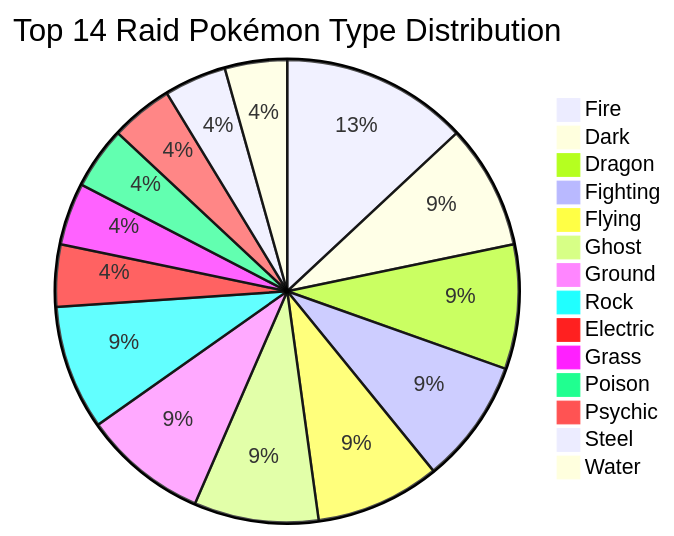
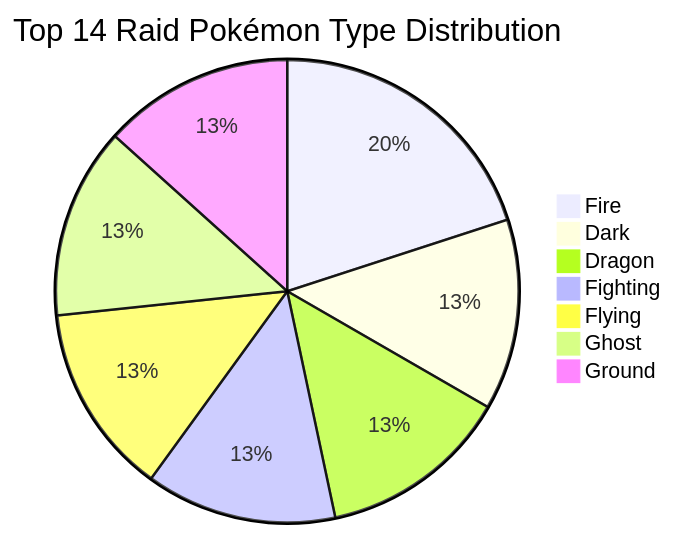
The fourth of 4 diagrams in mermaidTesting.md (austinTracy7/TestingArea), drawn with Mermaid before and after one commit. The commit also changed other lines of this file, not shown here.

````diff
--- a/mermaidTesting.md
+++ b/mermaidTesting.md
@@ -25,18 +25,11 @@
 ```mermaid
 pie
     title Top 14 Raid Pokémon Type Distribution
     "Fire": 3
     "Dark": 2 
     "Dragon": 2 
     "Fighting": 2
     "Flying": 2
     "Ghost": 2 
     "Ground": 2 
-    "Rock": 2 
-    "Electric": 1 
-    "Grass": 1
-    "Poison": 1 
-    "Psychic": 1 
-    "Steel": 1 
-    "Water": 1
 ```
````
